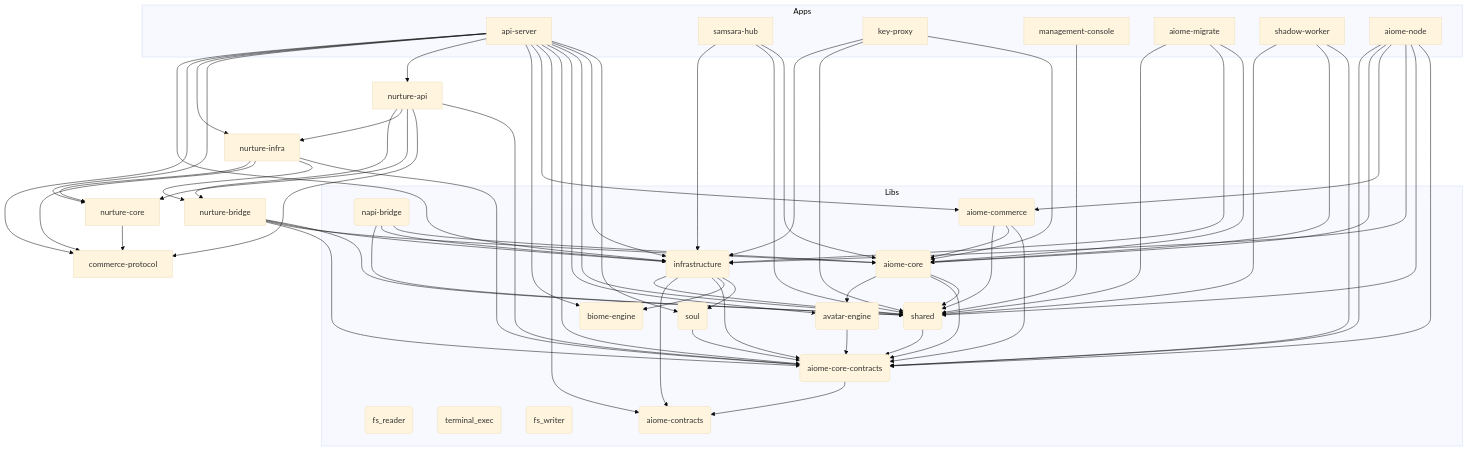
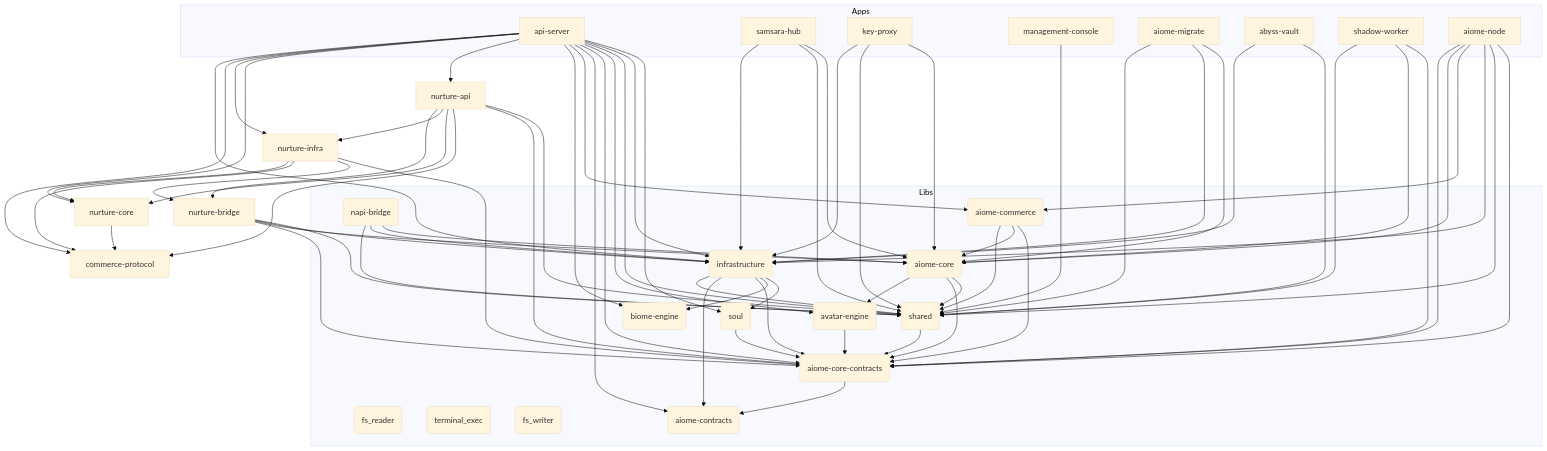
Before and after one commit to for4xex-droid/modular-open-claw: the diagram in ARCHITECTURE.md, drawn with Mermaid (base theme). The commit also changed other lines of this file and 2 other files, not shown here.

```diff
--- a/ARCHITECTURE.md
+++ b/ARCHITECTURE.md
@@ -28,6 +28,7 @@
         key-proxy[key-proxy]
         management-console[management-console]
         aiome-migrate[aiome-migrate]
+        abyss-vault[abyss-vault]
         shadow-worker[shadow-worker]
         aiome-node[aiome-node]
     end
@@ -86,6 +87,8 @@
     aiome-migrate --> aiome-core
     aiome-migrate --> infrastructure
     aiome-migrate --> shared
+    abyss-vault --> shared
+    abyss-vault --> infrastructure
     shadow-worker --> aiome-core-contracts
     shadow-worker --> aiome-core
     shadow-worker --> shared
@@ -98,6 +101,7 @@
     aiome-commerce --> aiome-core-contracts
     aiome-commerce --> aiome-core
     aiome-commerce --> shared
+    nurture-api --> shared
     nurture-api --> aiome-core-contracts
     nurture-api --> commerce-protocol
     nurture-api --> nurture-core
```
